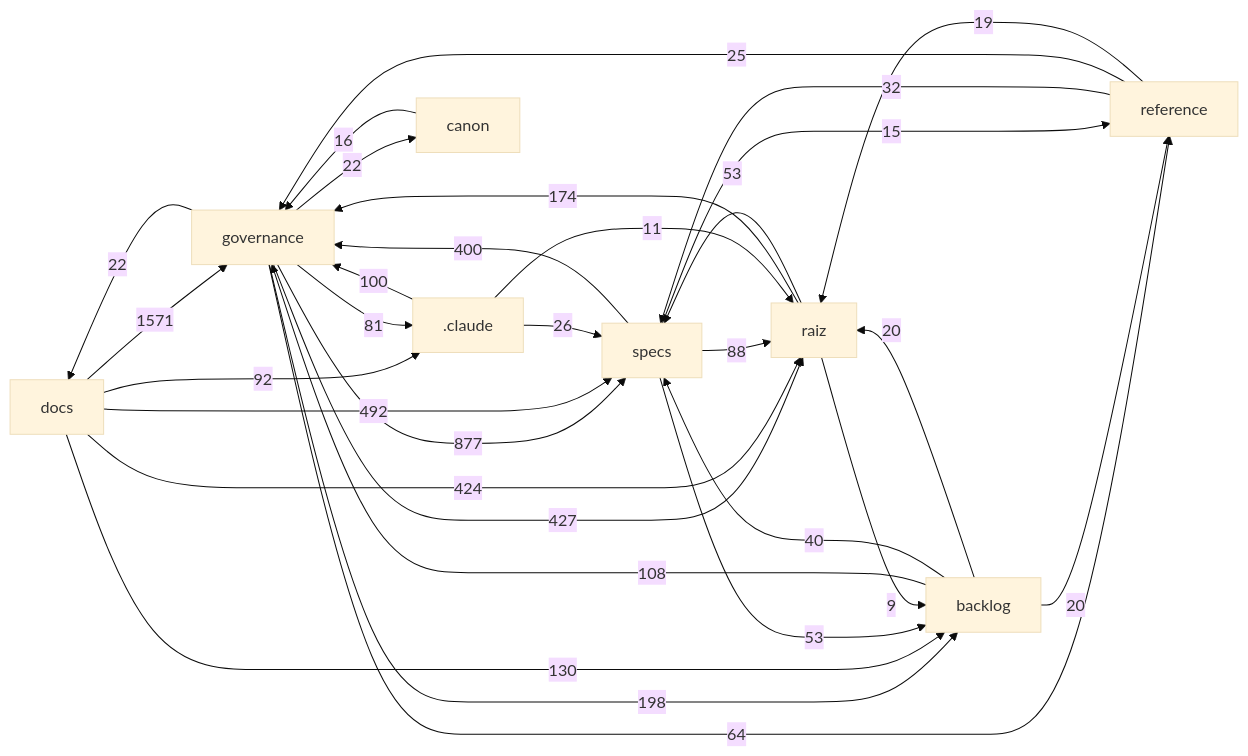
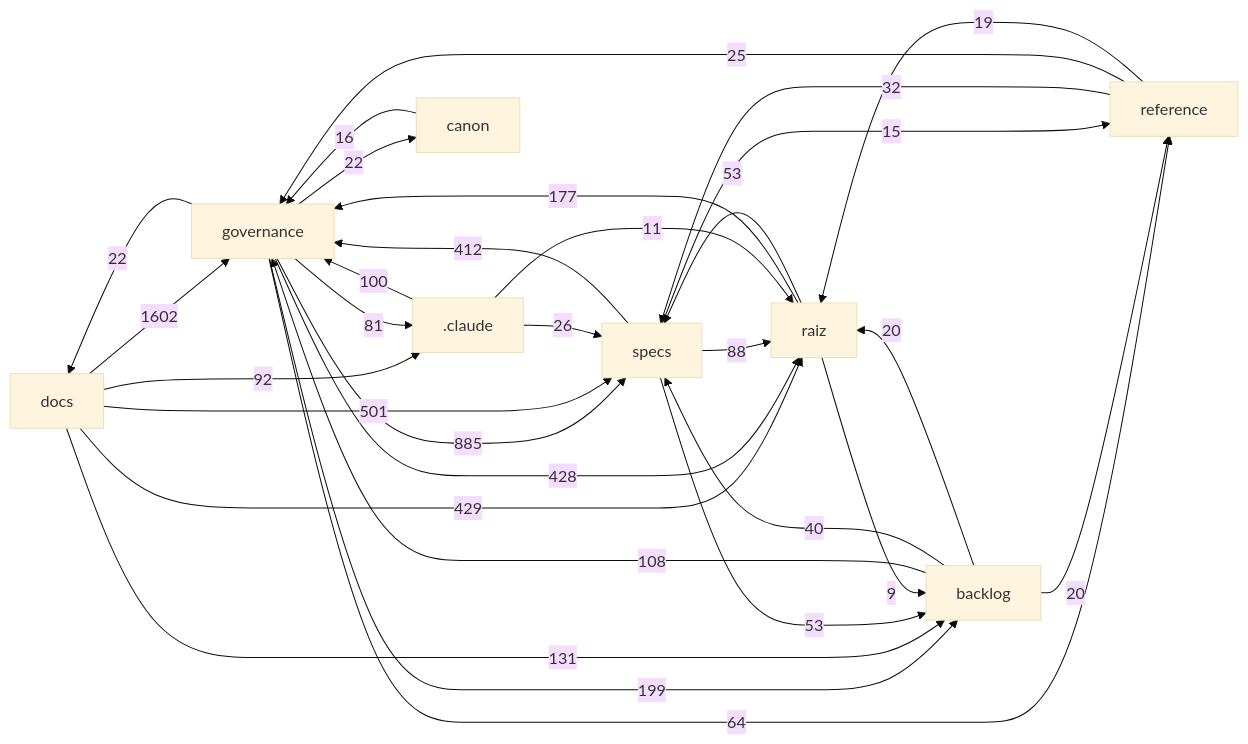
The diagram in docs/mapa/MAPA-PROJETO.md (Andraus35/Sistema-Operacional-de-Trading--SOT), drawn with Mermaid (base theme) before and after one commit. The commit also changed other lines of this file and 13 other files, not shown here.

First line of the commit message:
Homologa ERRATUM-REAPONT-001 (DHR-REAPONT-001): ponteiros em 6 plan.md + 2 notas aditivas no ROADMAP; HANDOFF HO-92

````diff
--- a/docs/mapa/MAPA-PROJETO.md
+++ b/docs/mapa/MAPA-PROJETO.md
@@ -29,33 +29,33 @@
 ```mermaid
 flowchart LR
-  docs["docs"] -->|1571| governance["governance"]
-  governance["governance"] -->|877| specs["specs"]
-  docs["docs"] -->|492| specs["specs"]
-  governance["governance"] -->|427| raiz["raiz"]
-  docs["docs"] -->|424| raiz["raiz"]
-  specs["specs"] -->|400| governance["governance"]
-  governance["governance"] -->|198| backlog["backlog"]
-  raiz["raiz"] -->|174| governance["governance"]
-  docs["docs"] -->|130| backlog["backlog"]
+  docs["docs"] -->|1602| governance["governance"]
+  governance["governance"] -->|885| specs["specs"]
+  docs["docs"] -->|501| specs["specs"]
+  docs["docs"] -->|429| raiz["raiz"]
+  governance["governance"] -->|428| raiz["raiz"]
+  specs["specs"] -->|412| governance["governance"]
+  governance["governance"] -->|199| backlog["backlog"]
+  raiz["raiz"] -->|177| governance["governance"]
+  docs["docs"] -->|131| backlog["backlog"]
   backlog["backlog"] -->|108| governance["governance"]
   _claude[".claude"] -->|100| governance["governance"]
   docs["docs"] -->|92| _claude[".claude"]
   specs["specs"] -->|88| raiz["raiz"]
   governance["governance"] -->|81| _claude[".claude"]
   governance["governance"] -->|64| reference["reference"]
   raiz["raiz"] -->|53| specs["specs"]
   specs["specs"] -->|53| backlog["backlog"]
   backlog["backlog"] -->|40| specs["specs"]
   reference["reference"] -->|32| specs["specs"]
   _claude[".claude"] -->|26| specs["specs"]
   reference["reference"] -->|25| governance["governance"]
   governance["governance"] -->|22| docs["docs"]
   governance["governance"] -->|22| canon["canon"]
   backlog["backlog"] -->|20| raiz["raiz"]
   backlog["backlog"] -->|20| reference["reference"]
   reference["reference"] -->|19| raiz["raiz"]
   canon["canon"] -->|16| governance["governance"]
   specs["specs"] -->|15| reference["reference"]
   _claude[".claude"] -->|11| raiz["raiz"]
   raiz["raiz"] -->|9| backlog["backlog"]
 ```
````
